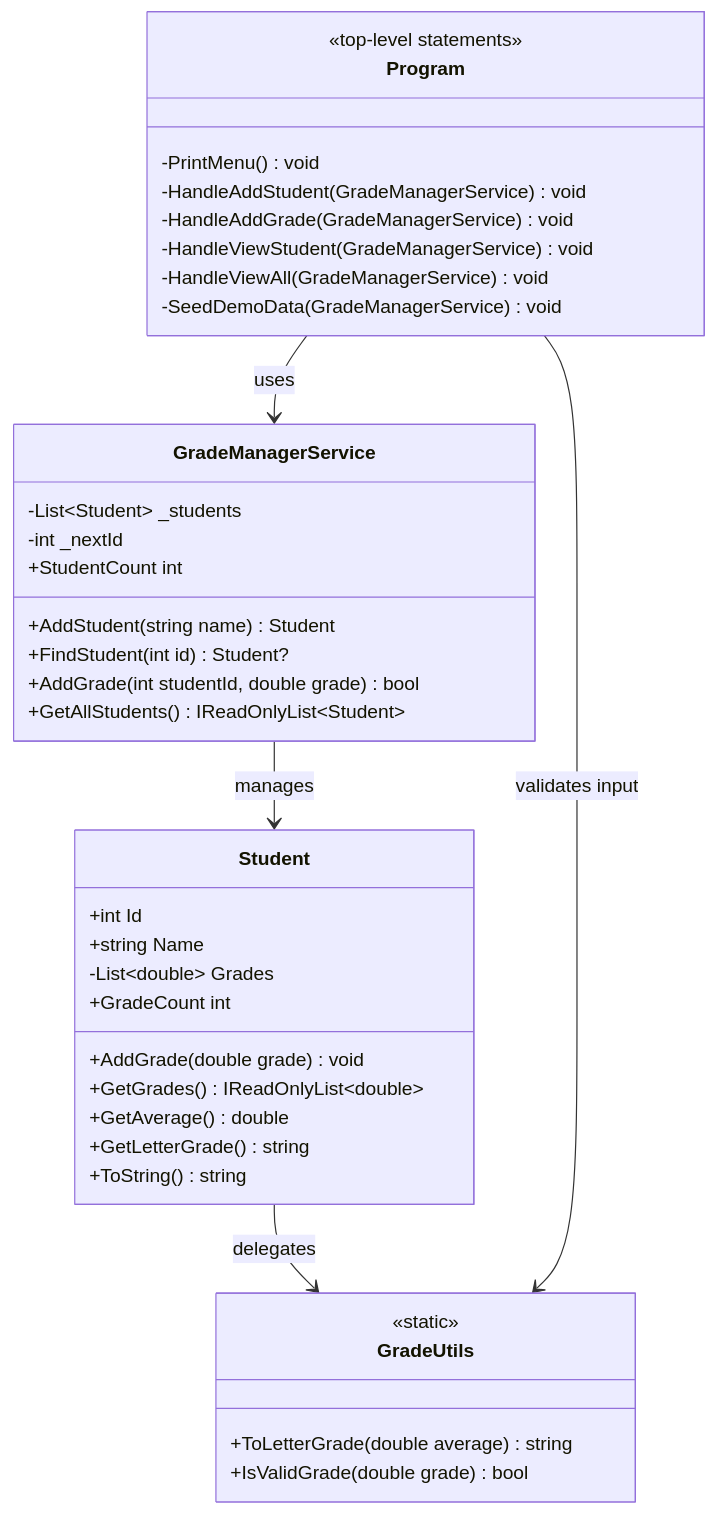
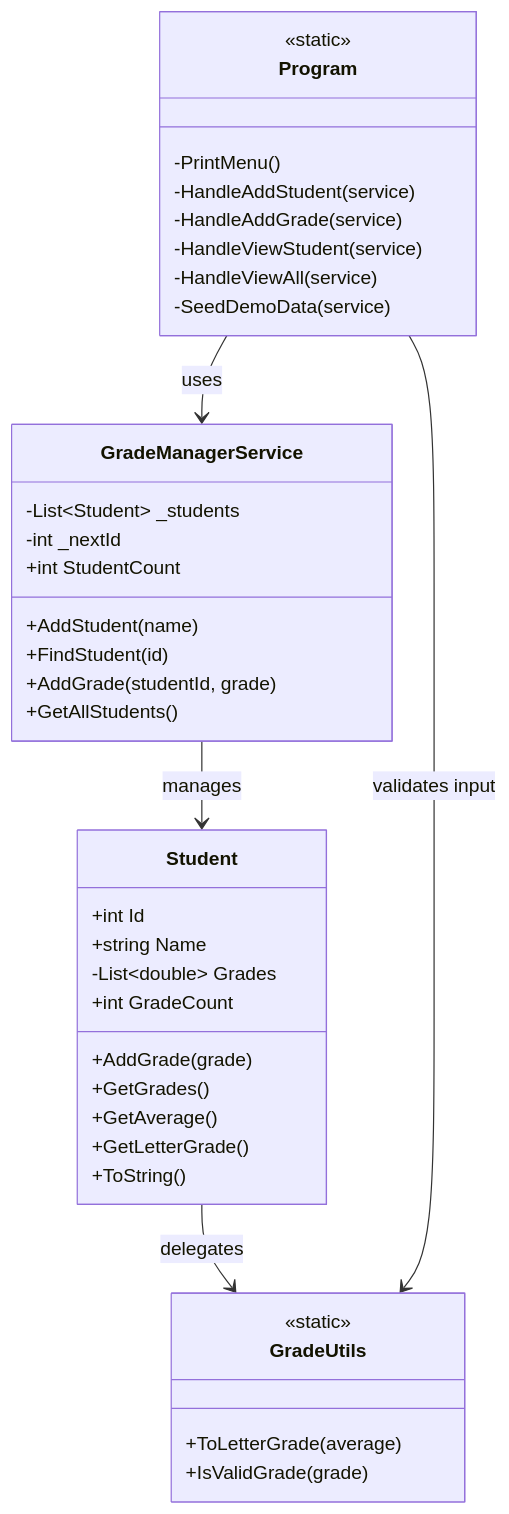
The second of 3 diagrams in course-1-project/REQUIREMENTS_AND_DESIGN.md (paulnamalomba/microsoft-backend-certification), drawn with Mermaid before and after one commit. The commit also changed 2 other files, not shown here.

Commit message:
March 02 MS Backend Cert v2

````diff
--- a/course-1-project/REQUIREMENTS_AND_DESIGN.md
+++ b/course-1-project/REQUIREMENTS_AND_DESIGN.md
@@ -78,45 +78,45 @@
 ```mermaid
 classDiagram
     class Student {
         +int Id
         +string Name
         -List~double~ Grades
-        +AddGrade(double grade) void
-        +GetGrades() IReadOnlyList~double~
-        +GetAverage() double
-        +GetLetterGrade() string
-        +GradeCount int
-        +ToString() string
+        +AddGrade(grade)
+        +GetGrades()
+        +GetAverage()
+        +GetLetterGrade()
+        +int GradeCount
+        +ToString()
     }
 
     class GradeUtils {
         <<static>>
-        +ToLetterGrade(double average) string
-        +IsValidGrade(double grade) bool
+        +ToLetterGrade(average)
+        +IsValidGrade(grade)
     }
 
     class GradeManagerService {
         -List~Student~ _students
         -int _nextId
-        +AddStudent(string name) Student
-        +FindStudent(int id) Student?
-        +AddGrade(int studentId, double grade) bool
-        +GetAllStudents() IReadOnlyList~Student~
-        +StudentCount int
+        +AddStudent(name)
+        +FindStudent(id)
+        +AddGrade(studentId, grade)
+        +GetAllStudents()
+        +int StudentCount
     }
 
     class Program {
-        <<top-level statements>>
-        -PrintMenu() void
-        -HandleAddStudent(GradeManagerService) void
-        -HandleAddGrade(GradeManagerService) void
-        -HandleViewStudent(GradeManagerService) void
-        -HandleViewAll(GradeManagerService) void
-        -SeedDemoData(GradeManagerService) void
+        <<static>>
+        -PrintMenu()
+        -HandleAddStudent(service)
+        -HandleAddGrade(service)
+        -HandleViewStudent(service)
+        -HandleViewAll(service)
+        -SeedDemoData(service)
     }
 
     Program --> GradeManagerService : uses
     GradeManagerService --> Student : manages
     Student --> GradeUtils : delegates
     Program --> GradeUtils : validates input
 ```
````
